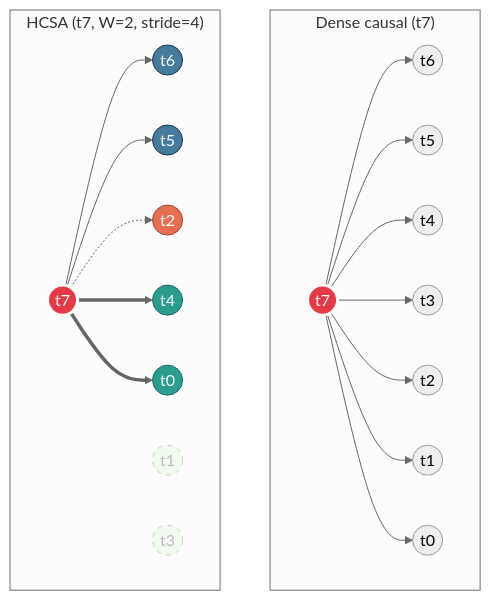
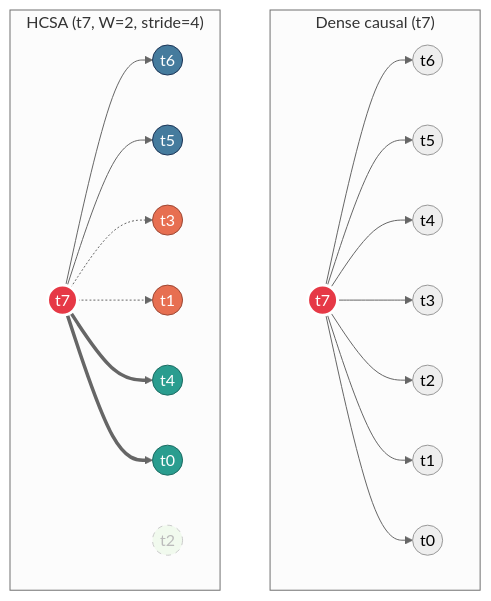
One commit to Hmbown/Butterfly changed the diagram in README.md. Above: the diagram before and after it, drawn with Mermaid.

Commit message:
README: fix HCSA diagram to match fan-in formula
Was showing 1 cycle edge + 2 unreached; now correctly shows
2 window + 2 cycle + 2 landmark = 6 attended, 1 unreached,
matching the W + 2 + T/s formula in the text below.

````diff
--- a/README.md
+++ b/README.md
@@ -13,31 +13,31 @@
 ```mermaid
 %%{init: {'theme': 'neutral', 'flowchart': {'curve': 'basis'}}}%%
 flowchart TB
     subgraph D["Dense causal (t7)"]
         d7((t7)):::q
         d7 --> d6((t6))
         d7 --> d5((t5))
         d7 --> d4((t4))
         d7 --> d3((t3))
         d7 --> d2((t2))
         d7 --> d1((t1))
         d7 --> d0((t0))
     end
 
     subgraph S["HCSA (t7, W=2, stride=4)"]
         s7((t7)):::q
         s7 --> s6((t6)):::w
         s7 --> s5((t5)):::w
-        s7 -.-> s2((t2)):::c
+        s7 -.-> s3((t3)):::c
+        s7 -.-> s1((t1)):::c
         s7 ==> s4((t4)):::l
         s7 ==> s0((t0)):::l
-        s7 ~~~ s1((t1)):::skip
-        s7 ~~~ s3((t3)):::skip
+        s7 ~~~ s2((t2)):::skip
     end
 
     classDef q fill:#e63946,stroke:#fff,color:#fff,stroke-width:3px
     classDef w fill:#457b9d,stroke:#1d3557,color:#fff
     classDef c fill:#e76f51,stroke:#9c4835,color:#fff
     classDef l fill:#2a9d8f,stroke:#1b6b62,color:#fff
     classDef skip fill:#f1faee,stroke:#ccc,color:#bbb,stroke-dasharray:5 5
 ```
````
